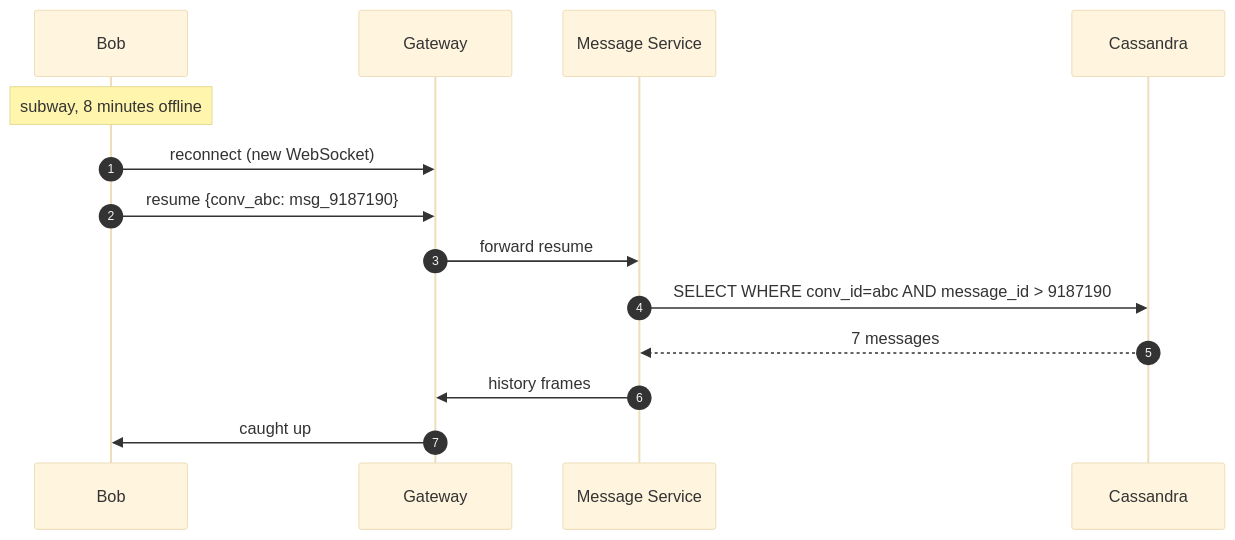
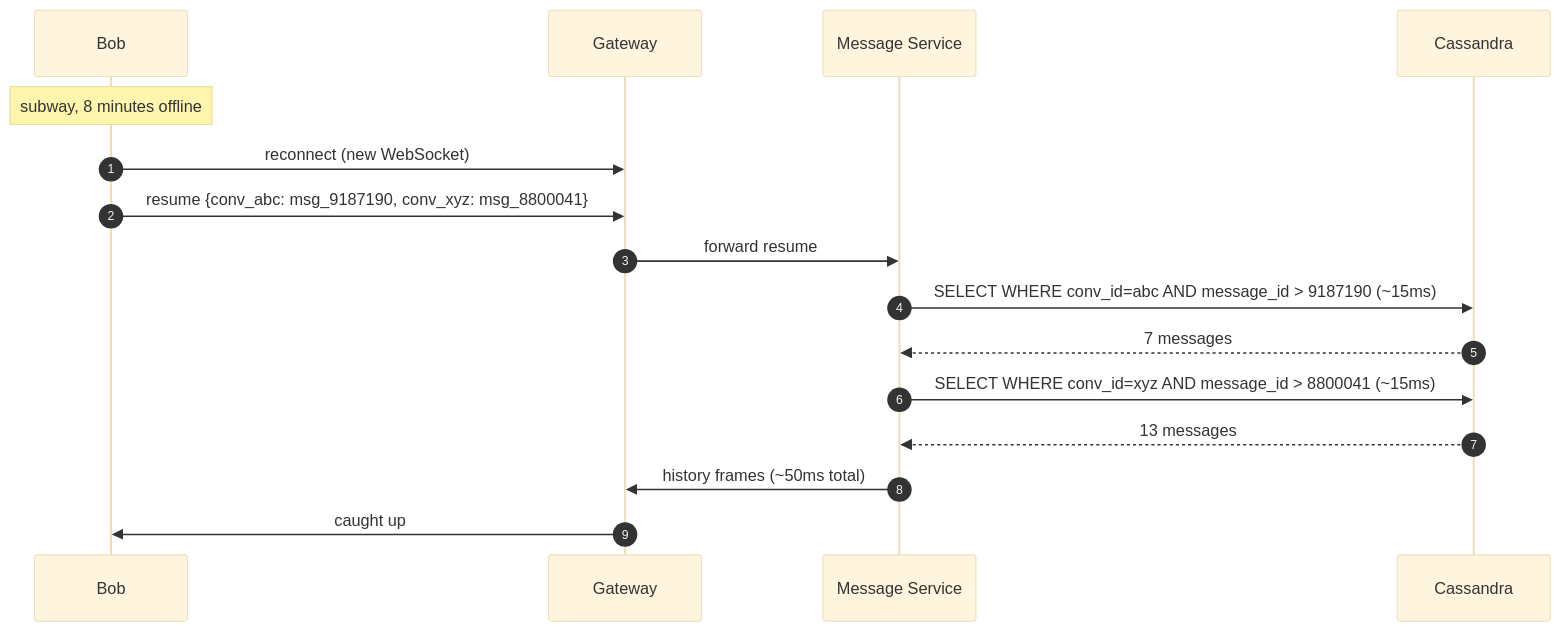
Before and after one commit to shiningflash/system-design: the tenth of 11 diagrams in problems/003-chat-system/question.md, drawn with Mermaid (base theme). The commit also changed other lines of this file and 37 other files, not shown here.

````diff
--- a/problems/003-chat-system/question.md
+++ b/problems/003-chat-system/question.md
@@ -419,17 +437,19 @@
 ```mermaid
 sequenceDiagram
     autonumber
     participant Bob
     participant GW as Gateway
     participant MS as Message Service
     participant Cass as Cassandra
 
     Note over Bob: subway, 8 minutes offline
     Bob->>GW: reconnect (new WebSocket)
-    Bob->>GW: resume {conv_abc: msg_9187190}
+    Bob->>GW: resume {conv_abc: msg_9187190, conv_xyz: msg_8800041}
     GW->>MS: forward resume
-    MS->>Cass: SELECT WHERE conv_id=abc AND message_id > 9187190
+    MS->>Cass: SELECT WHERE conv_id=abc AND message_id > 9187190 (~15ms)
     Cass-->>MS: 7 messages
-    MS->>GW: history frames
+    MS->>Cass: SELECT WHERE conv_id=xyz AND message_id > 8800041 (~15ms)
+    Cass-->>MS: 13 messages
+    MS->>GW: history frames (~50ms total)
     GW->>Bob: caught up
 ```
````
